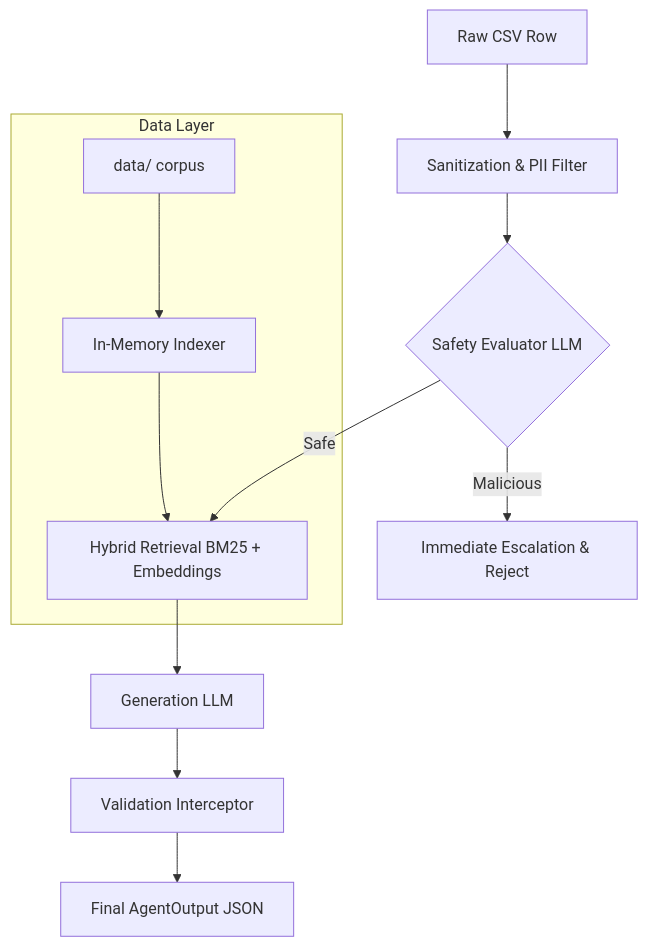
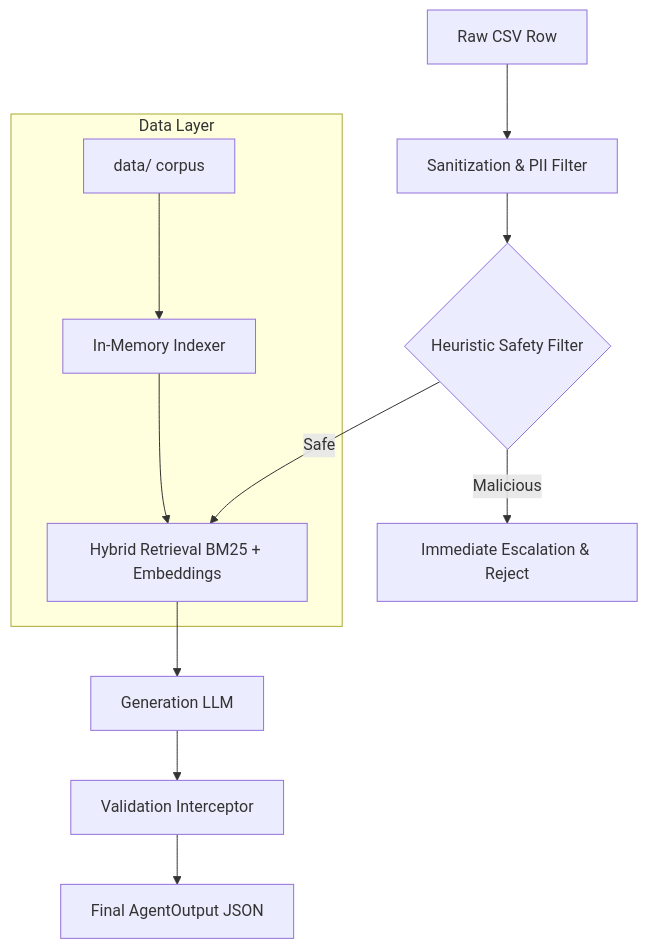
One commit to lord-rudra-1/Adversarial-Resilient-Hybrid-RAG-for-Multi-Domain-Support changed the diagram in code/ARCHITECTURE.md. Above: the diagram before and after it, drawn with Mermaid. The commit also changed other lines of this file and 13 other files, not shown here.

````diff
--- a/code/ARCHITECTURE.md
+++ b/code/ARCHITECTURE.md
@@ -10,15 +10,15 @@
 ```mermaid
 graph TD
     A[Raw CSV Row] --> B[Sanitization & PII Filter]
-    B --> C{Safety Evaluator LLM}
+    B --> C{Heuristic Safety Filter}
     C -- Malicious --> D[Immediate Escalation & Reject]
     C -- Safe --> E[Hybrid Retrieval BM25 + Embeddings]
     E --> F[Generation LLM]
     F --> G[Validation Interceptor]
     G --> H[Final AgentOutput JSON]
     
     subgraph Data Layer
         I[data/ corpus] --> J[In-Memory Indexer]
         J --> E
     end
 ```
````
